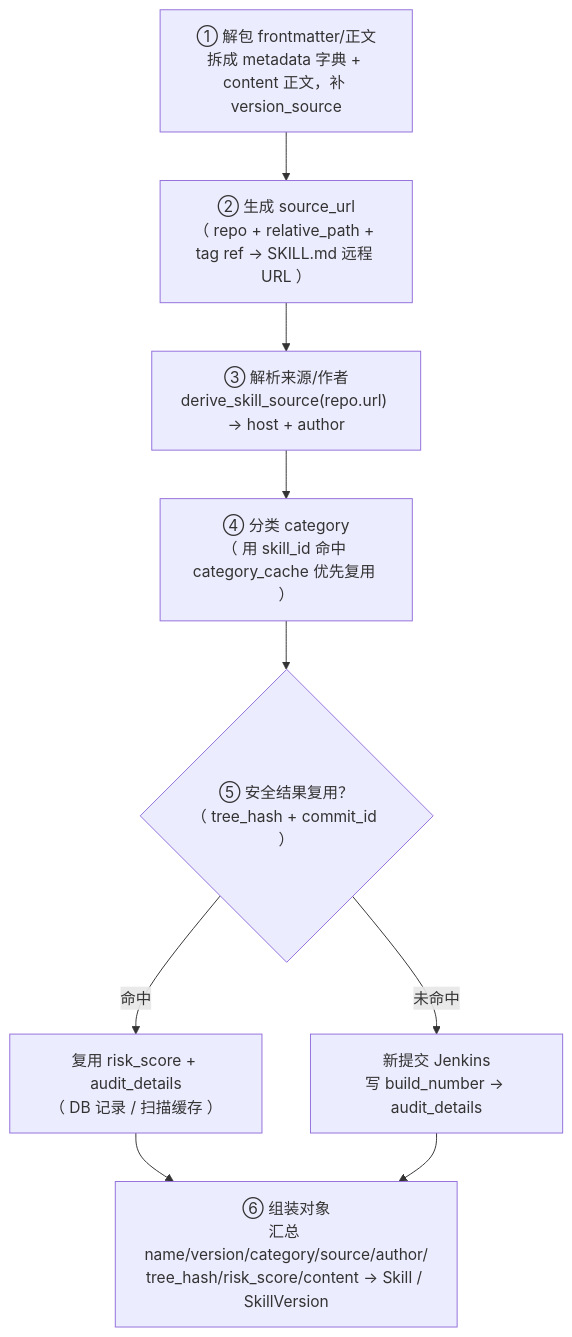
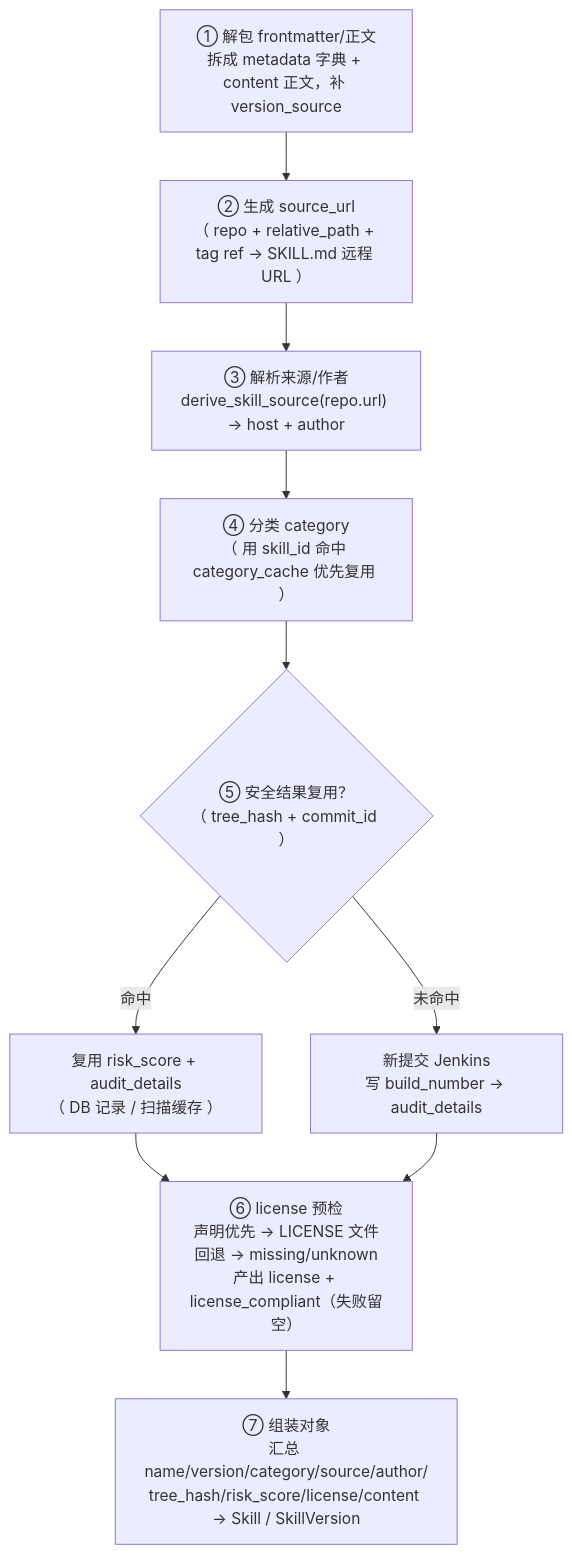
Before and after one commit to openeuler-mirror/skillhub: the fifth of 10 diagrams in docs/design/skillcrawler-discover-design.md, drawn with Mermaid. The commit also changed other lines of this file and 9 other files, not shown here.

````diff
--- a/docs/design/skillcrawler-discover-design.md
+++ b/docs/design/skillcrawler-discover-design.md
@@ -704,11 +716,12 @@
 ```mermaid
 flowchart TD
     A["① 解包 frontmatter/正文<br/>拆成 metadata 字典 + content 正文，补 version_source"] --> B["② 生成 source_url<br/>（ repo + relative_path + tag ref → SKILL.md 远程 URL ）"]
     B --> C["③ 解析来源/作者<br/>derive_skill_source(repo.url) → host + author"]
     C --> D["④ 分类 category<br/>（ 用 skill_id 命中 category_cache 优先复用 ）"]
     D --> E{"⑤ 安全结果复用？<br/>（ tree_hash + commit_id ）"}
     E -->|命中| F["复用 risk_score + audit_details<br/>（ DB 记录 / 扫描缓存 ）"]
     E -->|未命中| G["新提交 Jenkins<br/>写 build_number → audit_details"]
-    F --> H["⑥ 组装对象<br/>汇总 name/version/category/source/author/<br/>tree_hash/risk_score/content → Skill / SkillVersion"]
-    G --> H
+    F --> L["⑥ license 预检<br/>声明优先 → LICENSE 文件回退 → missing/unknown<br/>产出 license + license_compliant（失败留空）"]
+    G --> L
+    L --> H["⑦ 组装对象<br/>汇总 name/version/category/source/author/<br/>tree_hash/risk_score/license/content → Skill / SkillVersion"]
 ```
````
